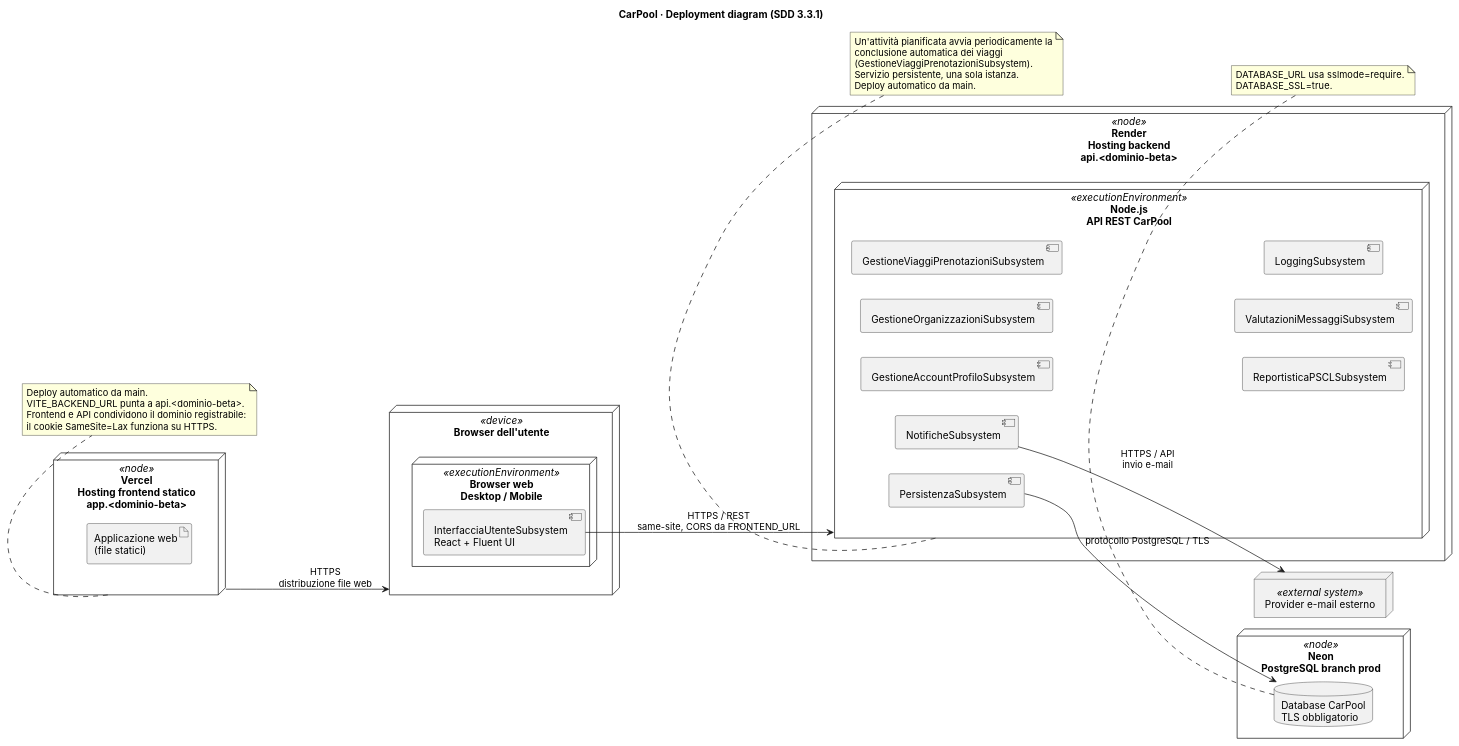
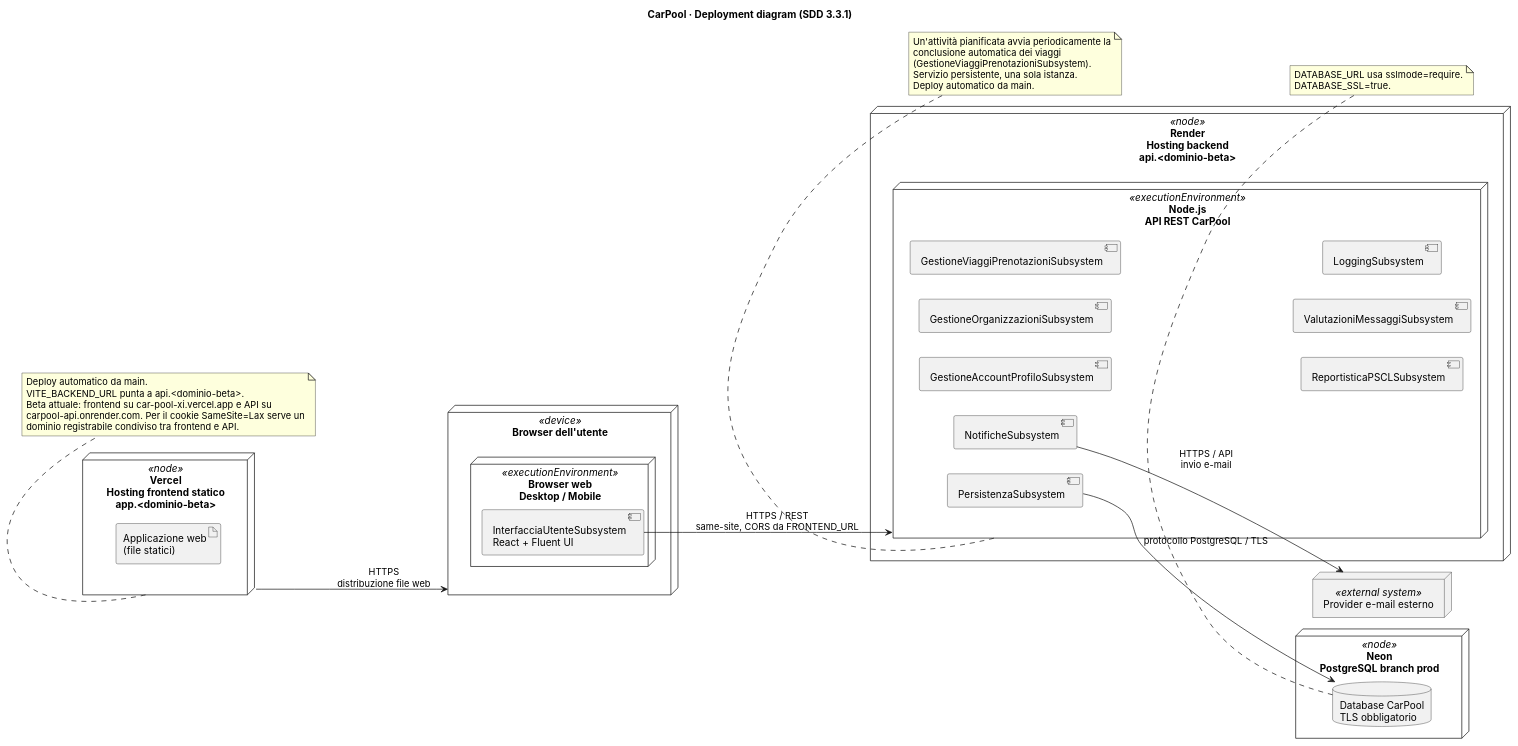
Before and after one commit to CarPool-C03/CarPool: the diagram in docs/sdd/deployment.puml, drawn with PlantUML. The commit also changed 3 other files, not shown here.

```diff
--- a/docs/sdd/deployment.puml
+++ b/docs/sdd/deployment.puml
@@ -1,62 +1,63 @@
 @startuml SDD_Deployment
 ' CarPool · SDD 3.3.1 — Deployment diagram
 ' Trascrizione di C03_SDD_V_0.1.0. Va controllata dagli autori dell'SDD.
 skinparam shadowing false
 skinparam defaultFontName Inter
 left to right direction
 title CarPool · Deployment diagram (SDD 3.3.1)
 
 node "Vercel\nHosting frontend statico\napp.<dominio-beta>" as HF <<node>> {
   artifact "Applicazione web\n(file statici)" as WEB
 }
 
 node "Browser dell'utente" as BR <<device>> {
   node "Browser web\nDesktop / Mobile" as BWE <<executionEnvironment>> {
     component "InterfacciaUtenteSubsystem\nReact + Fluent UI" as UI
   }
 }
 
 node "Render\nHosting backend\napi.<dominio-beta>" as HB <<node>> {
   node "Node.js\nAPI REST CarPool" as NODE <<executionEnvironment>> {
     component GestioneAccountProfiloSubsystem
     component GestioneOrganizzazioniSubsystem
     component GestioneViaggiPrenotazioniSubsystem
     component ReportisticaPSCLSubsystem
     component ValutazioniMessaggiSubsystem
     component NotificheSubsystem as NOT
     component PersistenzaSubsystem as PER
     component LoggingSubsystem
   }
 }
 
 node "Neon\nPostgreSQL branch prod" as DBN <<node>> {
   database "Database CarPool\nTLS obbligatorio" as DB
 }
 
 node "Provider e-mail esterno" as MAIL <<external system>>
 
 HF --> BR : HTTPS\ndistribuzione file web
 UI --> NODE : HTTPS / REST\nsame-site, CORS da FRONTEND_URL
 PER --> DB : protocollo PostgreSQL / TLS
 NOT --> MAIL : HTTPS / API\ninvio e-mail
 
 note bottom of NODE
   Un'attività pianificata avvia periodicamente la
   conclusione automatica dei viaggi
   (GestioneViaggiPrenotazioniSubsystem).
   Servizio persistente, una sola istanza.
   Deploy automatico da main.
 end note
 
 note bottom of HF
   Deploy automatico da main.
   VITE_BACKEND_URL punta a api.<dominio-beta>.
-  Frontend e API condividono il dominio registrabile:
-  il cookie SameSite=Lax funziona su HTTPS.
+  Beta attuale: frontend su car-pool-xi.vercel.app e API su
+  carpool-api.onrender.com. Per il cookie SameSite=Lax serve un
+  dominio registrabile condiviso tra frontend e API.
 end note
 
 note bottom of DB
   DATABASE_URL usa sslmode=require.
   DATABASE_SSL=true.
 end note
 @enduml
```
